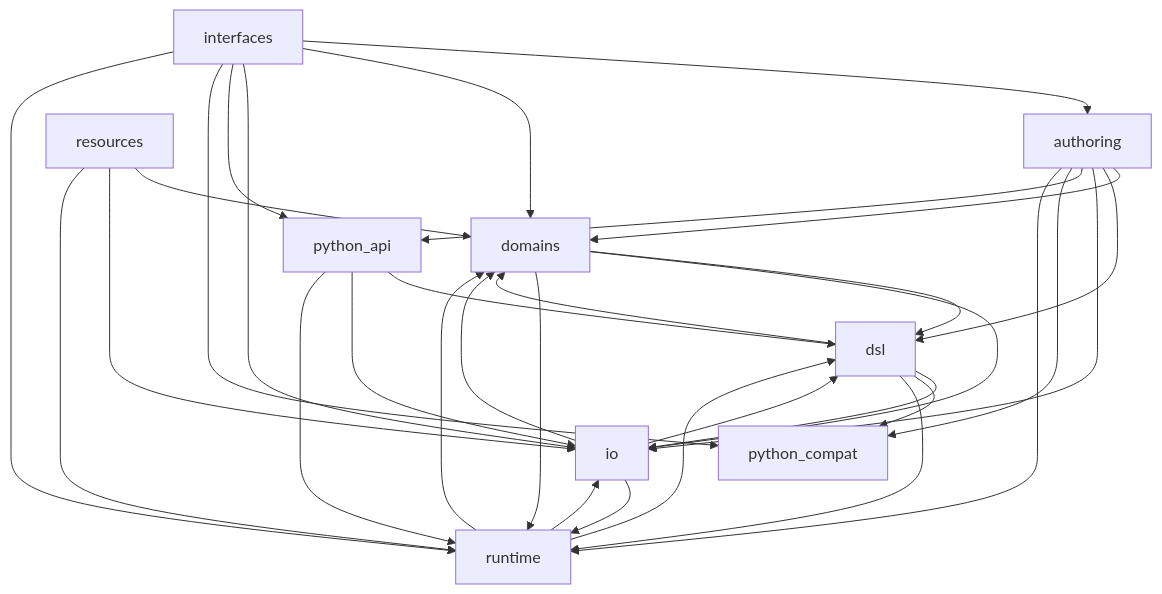
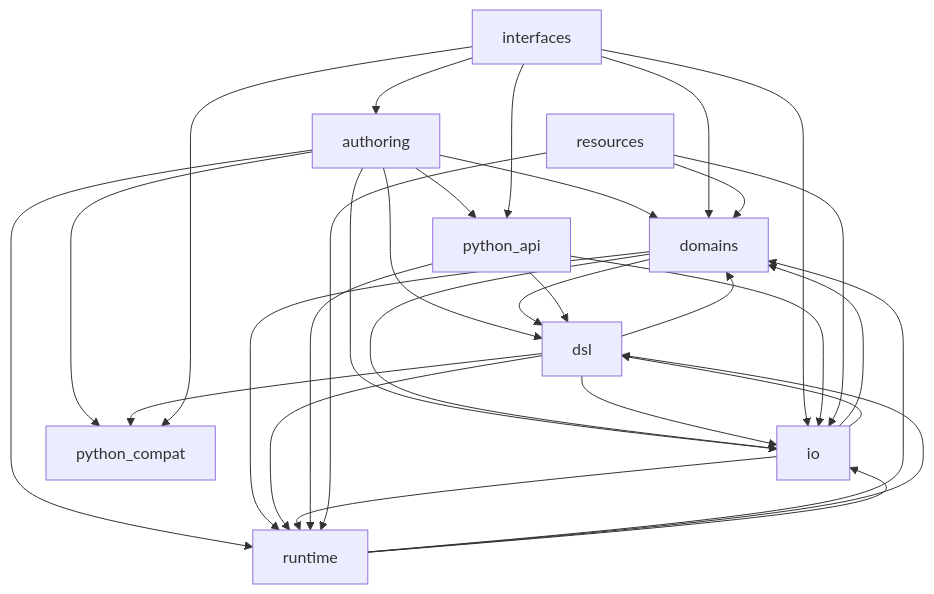
The second of 2 diagrams in docs/architecture/refactoring-study/experiment-2/target-architecture.md (rapiddweller/datamimic), drawn with Mermaid before and after one commit. The commit also changed 36 other files, not shown here.

````diff
--- a/docs/architecture/refactoring-study/experiment-2/target-architecture.md
+++ b/docs/architecture/refactoring-study/experiment-2/target-architecture.md
@@ -74,34 +74,33 @@
 ```mermaid
 graph TD
     authoring --> domains
     authoring --> dsl
     authoring --> io
     authoring --> python_api
     authoring --> python_compat
     authoring --> runtime
     domains --> dsl
     domains --> io
     domains --> runtime
     dsl --> domains
     dsl --> io
     dsl --> python_compat
     dsl --> runtime
     interfaces --> authoring
     interfaces --> domains
     interfaces --> io
     interfaces --> python_api
     interfaces --> python_compat
-    interfaces --> runtime
     io --> domains
     io --> dsl
     io --> runtime
     python_api --> dsl
     python_api --> io
     python_api --> runtime
     resources --> domains
     resources --> io
     resources --> runtime
     runtime --> domains
     runtime --> dsl
     runtime --> io
 ```
````
